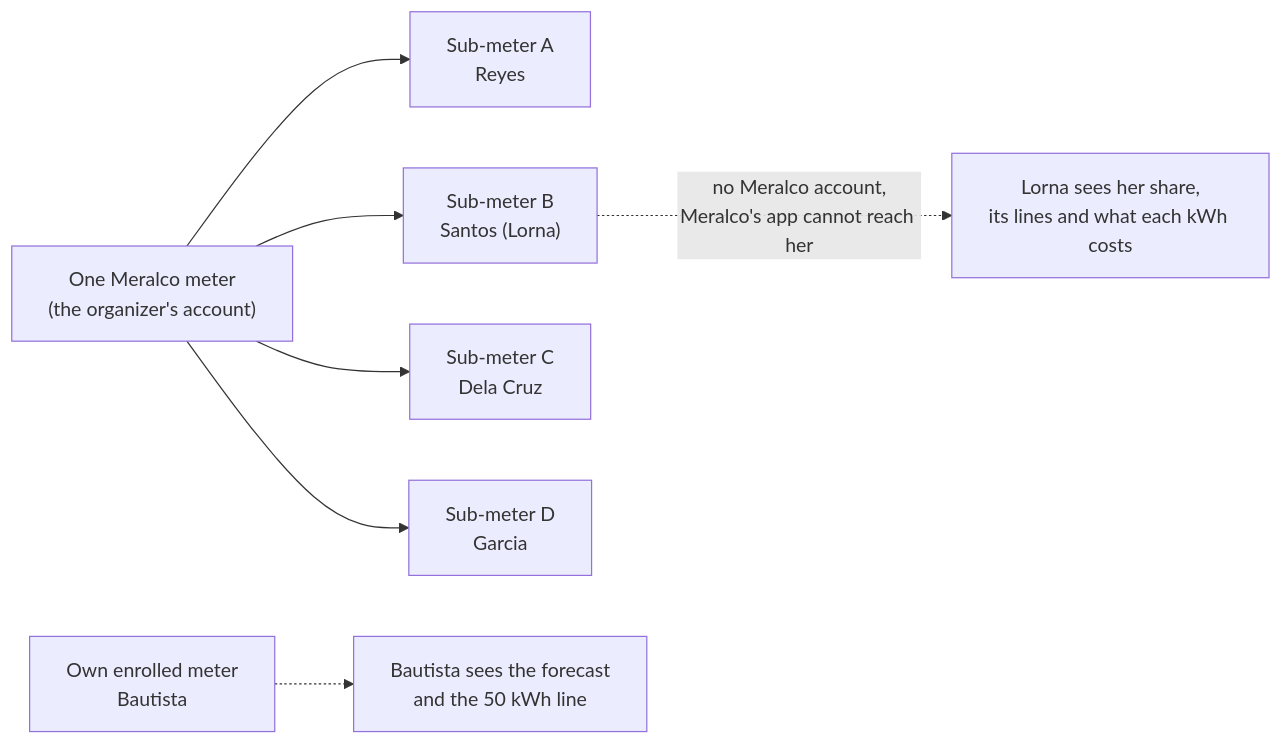
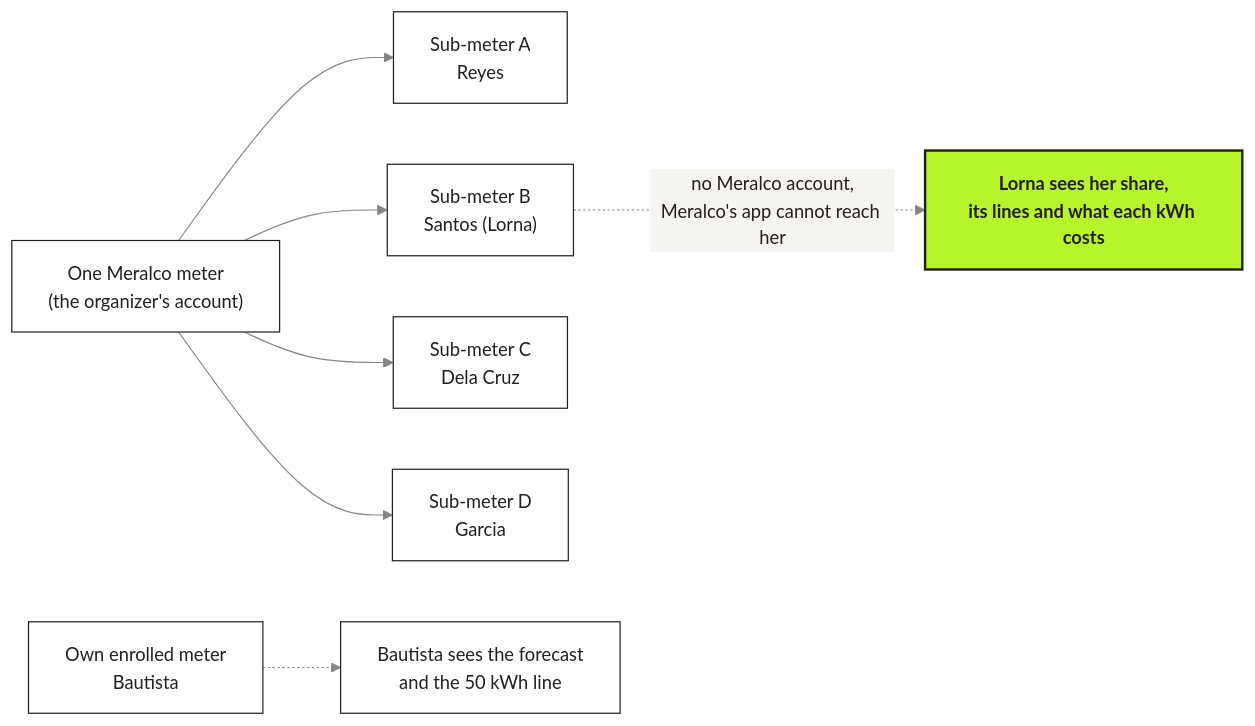
The first of 8 diagrams in README.md (msmeralco/TeamNewYorkStylePizza), drawn with Mermaid before and after one commit. The commit also changed other lines of this file and 1 other file, not shown here.

Commit message:
README diagrams in Kahati branding: white nodes, dark grey text, one lime key node, Inter Tight

````diff
--- a/README.md
+++ b/README.md
@@ -19,10 +19,13 @@
 ```mermaid
+%%{init: {'theme': 'base', 'themeVariables': {'fontFamily': 'Inter Tight, Inter, Segoe UI, Arial', 'fontSize': '15px', 'primaryColor': '#FFFFFF', 'primaryTextColor': '#231F20', 'primaryBorderColor': '#231F20', 'secondaryColor': '#F5F4F1', 'tertiaryColor': '#F5F4F1', 'lineColor': '#8A8685', 'textColor': '#231F20', 'clusterBkg': '#F5F4F1', 'clusterBorder': '#BDBAB8', 'edgeLabelBackground': '#F5F4F1', 'actorBkg': '#FFFFFF', 'actorBorder': '#231F20', 'actorTextColor': '#231F20', 'actorLineColor': '#8A8685', 'signalColor': '#5C5859', 'signalTextColor': '#231F20', 'noteBkgColor': '#B7F42A', 'noteTextColor': '#231F20', 'noteBorderColor': '#7A9F1B', 'labelBoxBkgColor': '#F5F4F1', 'labelBoxBorderColor': '#BDBAB8', 'loopTextColor': '#231F20'}}}%%
 flowchart LR
     M["One Meralco meter<br/>(the organizer's account)"] --> SM1["Sub-meter A<br/>Reyes"]
     M --> SM2["Sub-meter B<br/>Santos (Lorna)"]
     M --> SM3["Sub-meter C<br/>Dela Cruz"]
     M --> SM4["Sub-meter D<br/>Garcia"]
     O["Own enrolled meter<br/>Bautista"]
     SM2 -.->|"no Meralco account,<br/>Meralco's app cannot reach her"| L["Lorna sees her share,<br/>its lines and what each kWh costs"]
     O -.-> B["Bautista sees the forecast<br/>and the 50 kWh line"]
+    classDef key fill:#B7F42A,stroke:#231F20,stroke-width:2px,color:#231F20,font-weight:bold
+    class L key
 ```
````
